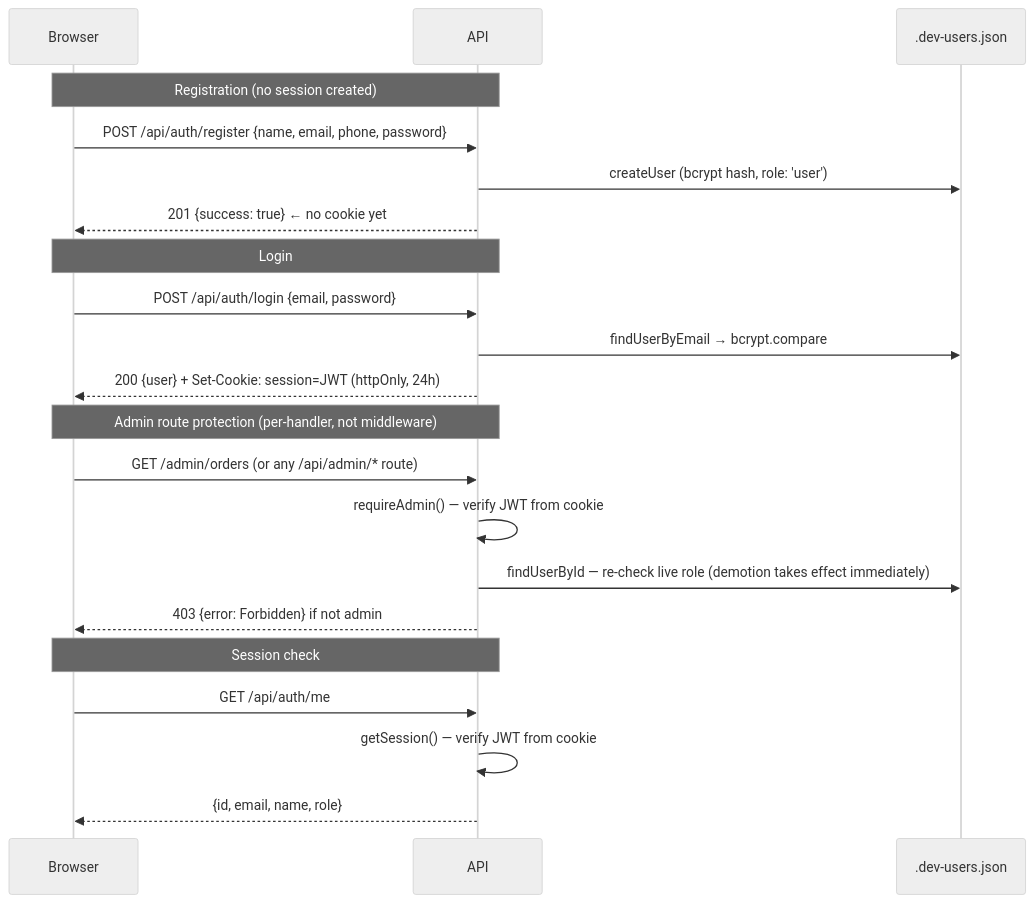
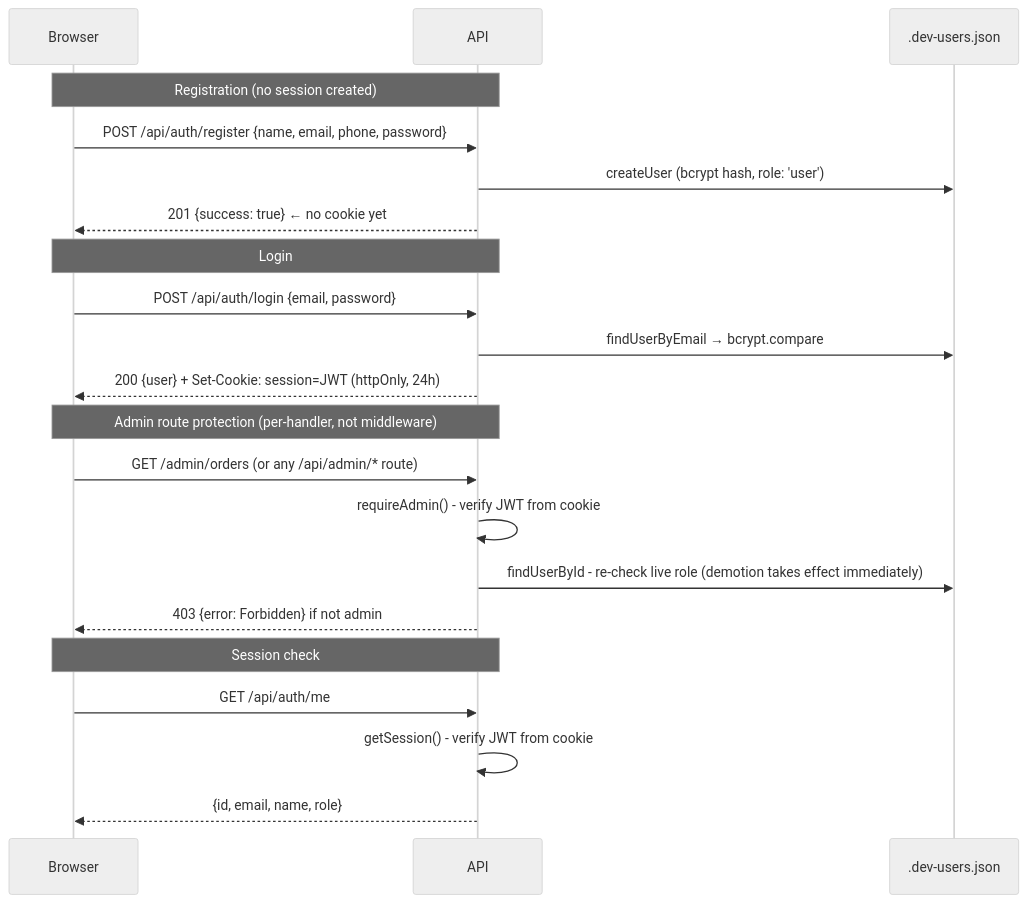
The fourth of 7 diagrams in README.md (Mohammad-AlBaker-Zaytoun/jilber_car_tune_store), drawn with Mermaid (neutral theme) before and after one commit. The commit also changed other lines of this file, not shown here.

Commit message:
fix: update README for improved route descriptions and diagram clarity

````diff
--- a/README.md
+++ b/README.md
@@ -216,27 +216,27 @@
 ```mermaid
 sequenceDiagram
     participant Browser
     participant API
     participant FileStore as .dev-users.json
 
     Note over Browser,API: Registration (no session created)
     Browser->>API: POST /api/auth/register {name, email, phone, password}
     API->>FileStore: createUser (bcrypt hash, role: 'user')
     API-->>Browser: 201 {success: true}  ← no cookie yet
 
     Note over Browser,API: Login
     Browser->>API: POST /api/auth/login {email, password}
     API->>FileStore: findUserByEmail → bcrypt.compare
     API-->>Browser: 200 {user} + Set-Cookie: session=JWT (httpOnly, 24h)
 
     Note over Browser,API: Admin route protection (per-handler, not middleware)
     Browser->>API: GET /admin/orders  (or any /api/admin/* route)
-    API->>API: requireAdmin() — verify JWT from cookie
-    API->>FileStore: findUserById — re-check live role (demotion takes effect immediately)
+    API->>API: requireAdmin() - verify JWT from cookie
+    API->>FileStore: findUserById - re-check live role (demotion takes effect immediately)
     API-->>Browser: 403 {error: Forbidden} if not admin
 
     Note over Browser,API: Session check
     Browser->>API: GET /api/auth/me
-    API->>API: getSession() — verify JWT from cookie
+    API->>API: getSession() - verify JWT from cookie
     API-->>Browser: {id, email, name, role}
 ```
````
